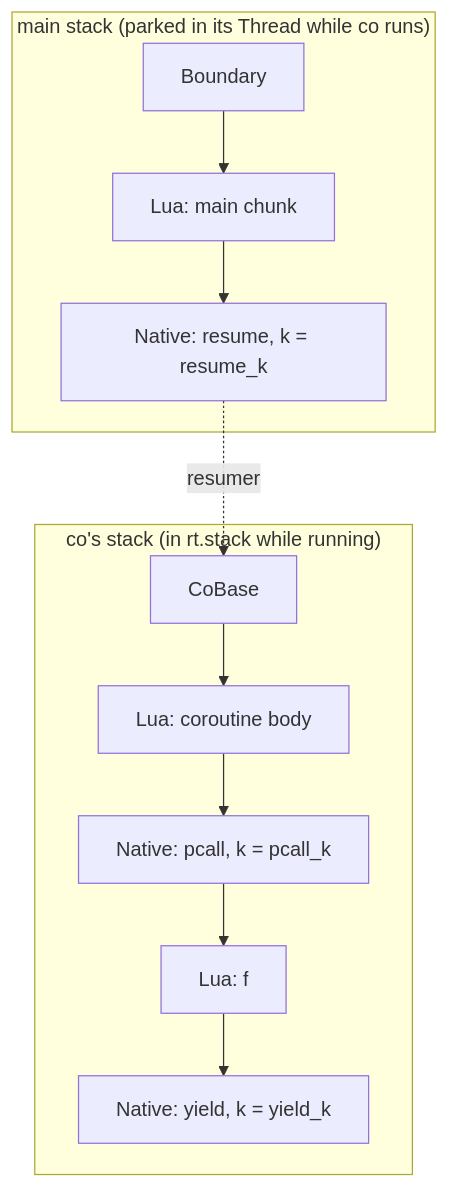
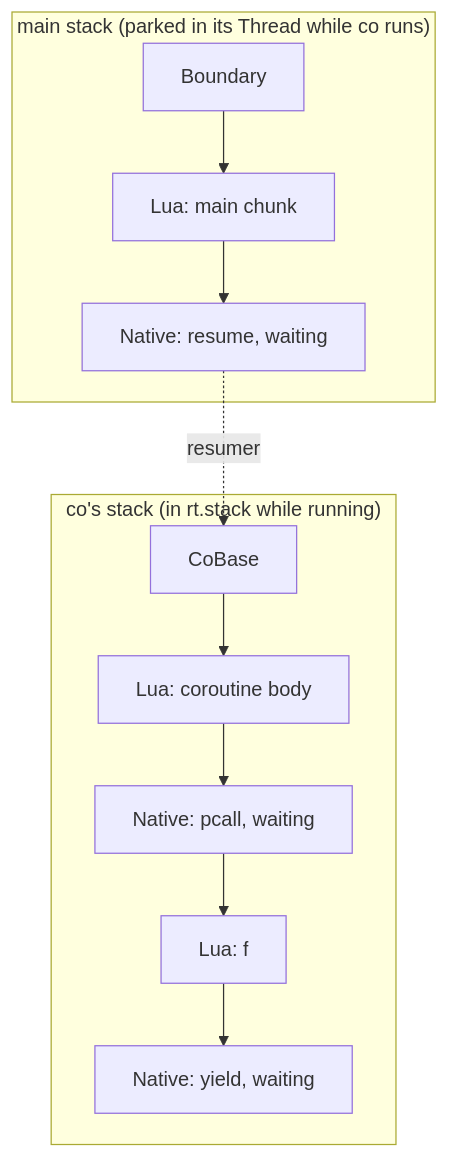
Before and after one commit to orbitscript-lang/OrbitScript: the second of 2 diagrams in docs/design/vm-semantics.md, drawn with Mermaid. The commit also changed other lines of this file and 61 other files, not shown here.

````diff
--- a/docs/design/vm-semantics.md
+++ b/docs/design/vm-semantics.md
@@ -168,10 +146,10 @@
 ```mermaid
 flowchart TB
     subgraph main ["main stack (parked in its Thread while co runs)"]
-        B["Boundary"] --> M1["Lua: main chunk"] --> R["Native: resume, k = resume_k"]
+        B["Boundary"] --> M1["Lua: main chunk"] --> R["Native: resume, waiting"]
     end
     subgraph co ["co's stack (in rt.stack while running)"]
-        C["CoBase"] --> F1["Lua: coroutine body"] --> P["Native: pcall, k = pcall_k"] --> F2["Lua: f"] --> Y["Native: yield, k = yield_k"]
+        C["CoBase"] --> F1["Lua: coroutine body"] --> P["Native: pcall, waiting"] --> F2["Lua: f"] --> Y["Native: yield, waiting"]
     end
     R -. "resumer" .-> C
 ```
````
